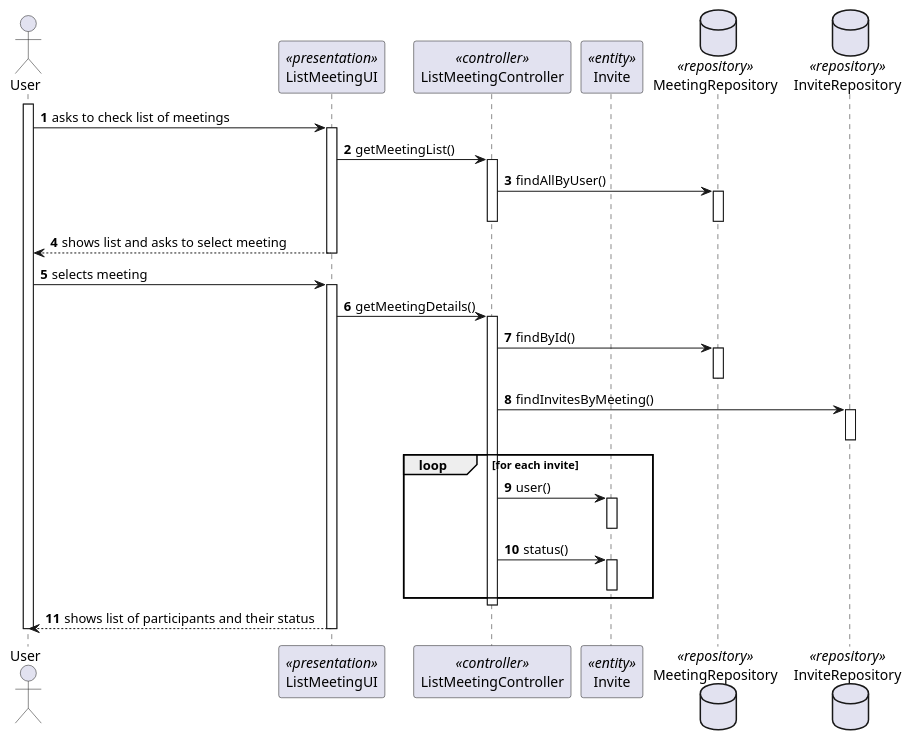
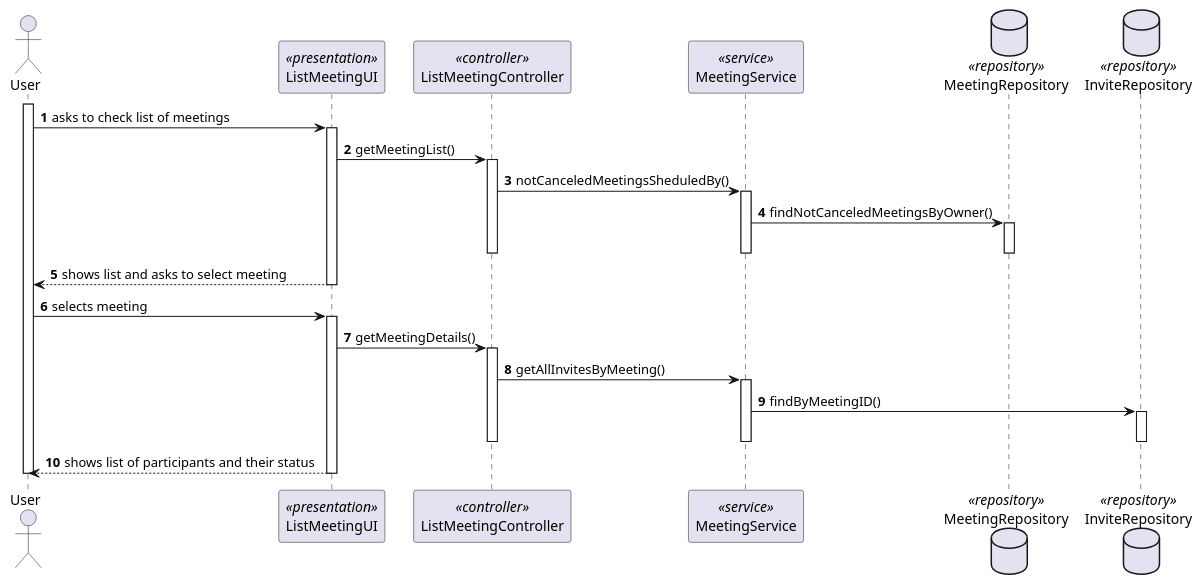
The diagram in docs/sprint-c/us42-4004/US4004_SD.puml (miseEnPlace-dev/lapr4), drawn with PlantUML before and after one commit.

Commit message:
docs: updated SD (#54)

```diff
--- a/docs/sprint-c/us42-4004/US4004_SD.puml
+++ b/docs/sprint-c/us42-4004/US4004_SD.puml
@@ -1,61 +1,57 @@
 @startuml US4004_SD
 autonumber
 
 actor "User" as U
 
 participant "ListMeetingUI" as UI <<presentation>>
 participant "ListMeetingController" as CTRL <<controller>>
-participant "Invite" as INV <<entity>>
+participant "MeetingService" as MS <<service>>
 
 database MeetingRepository as MR <<repository>>
 database InviteRepository as IR <<repository>>
 
 activate U
 
 U -> UI : asks to check list of meetings
 activate UI
 
 UI -> CTRL : getMeetingList()
 activate CTRL
 
-CTRL -> MR : findAllByUser()
+CTRL -> MS : notCanceledMeetingsSheduledBy()
+activate MS
+
+MS -> MR : findNotCanceledMeetingsByOwner()
 activate MR
 deactivate MR
+
+deactivate MS
 
 deactivate CTRL
 
 UI --> U : shows list and asks to select meeting
 deactivate UI
 
 U -> UI : selects meeting
 activate UI
 
 UI -> CTRL : getMeetingDetails()
 activate CTRL
 
-CTRL -> MR : findById()
-activate MR
-deactivate MR
+CTRL -> MS : getAllInvitesByMeeting()
+activate MS
 
-CTRL -> IR : findInvitesByMeeting()
+MS -> IR : findByMeetingID()
 activate IR
 deactivate IR
 
-loop for each invite
-    CTRL -> INV : user()
-    activate INV
-    deactivate INV
-
-    CTRL -> INV : status()
-    activate INV
-    deactivate INV
-end loop
+deactivate MS
 
 deactivate CTRL
 
 UI --> U : shows list of participants and their status
 deactivate UI
 
 deactivate U
 
 @enduml
```
